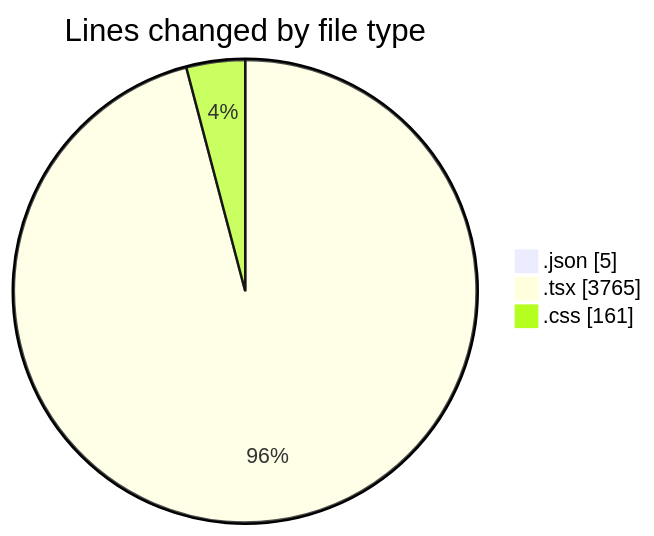
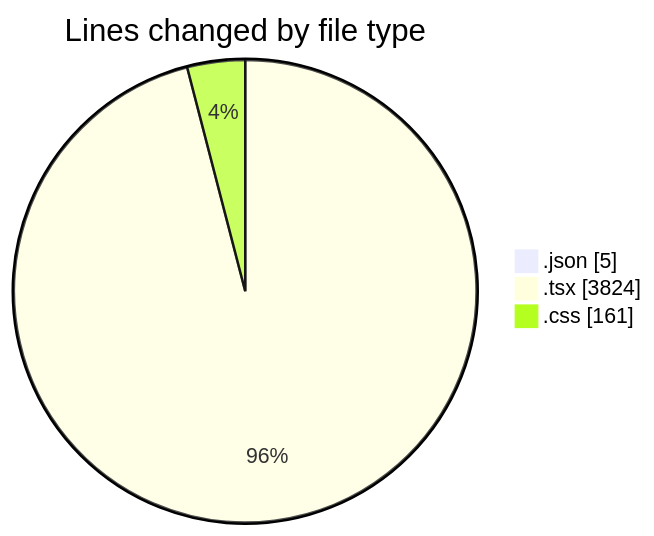
One commit to Elitesun/code-tracking changed the first of 2 diagrams in 2025-05-29/advertise/README.md. Above: the diagram before and after it, drawn with Mermaid. The commit also changed other lines of this file and 1 other file, not shown here.

````diff
--- a/2025-05-29/advertise/README.md
+++ b/2025-05-29/advertise/README.md
@@ -34,7 +34,7 @@
 ```mermaid
 pie showData
 title Lines changed by file type
 ".json" : 5
-".tsx" : 3765
+".tsx" : 3824
 ".css" : 161
 ```
````
